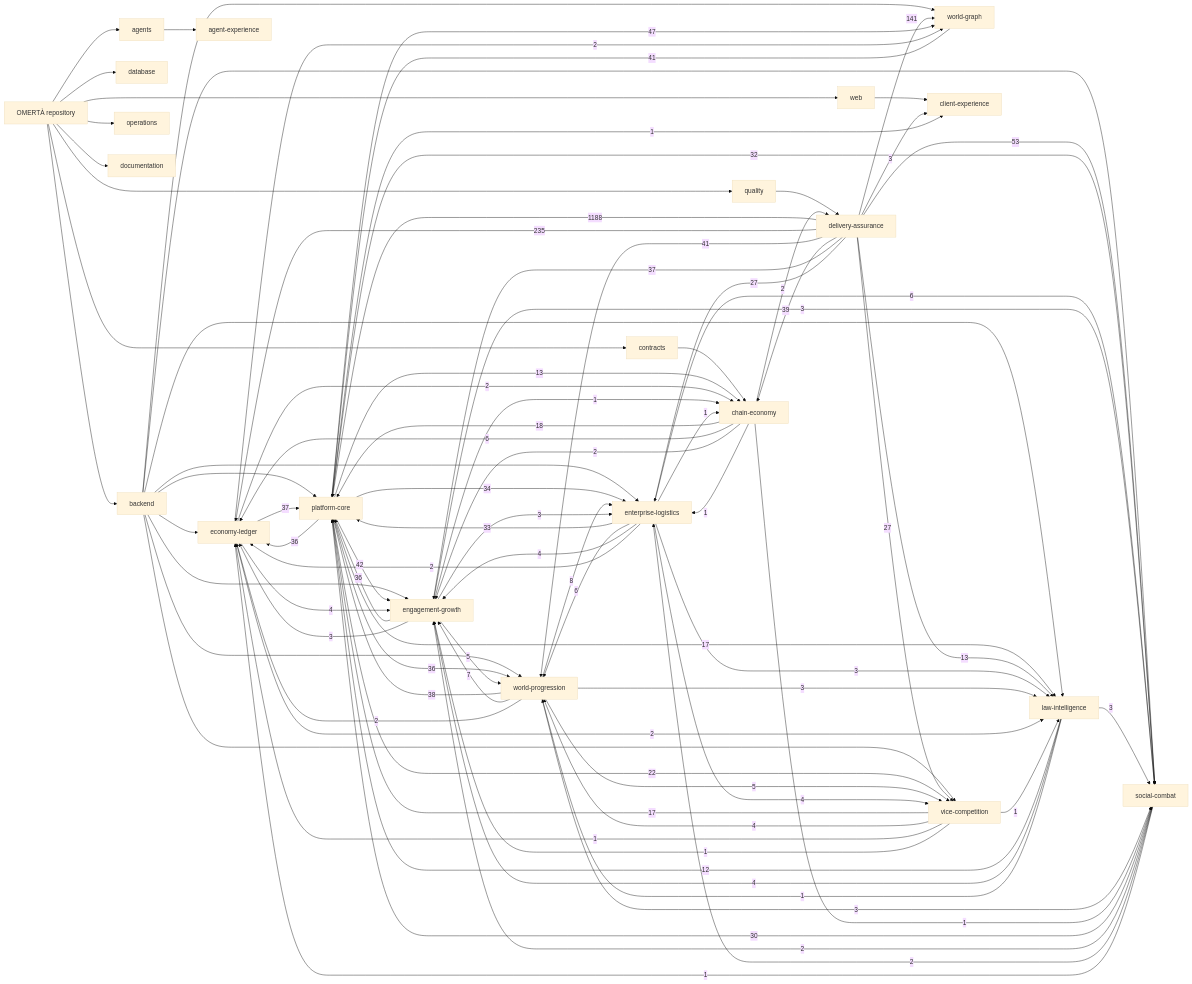
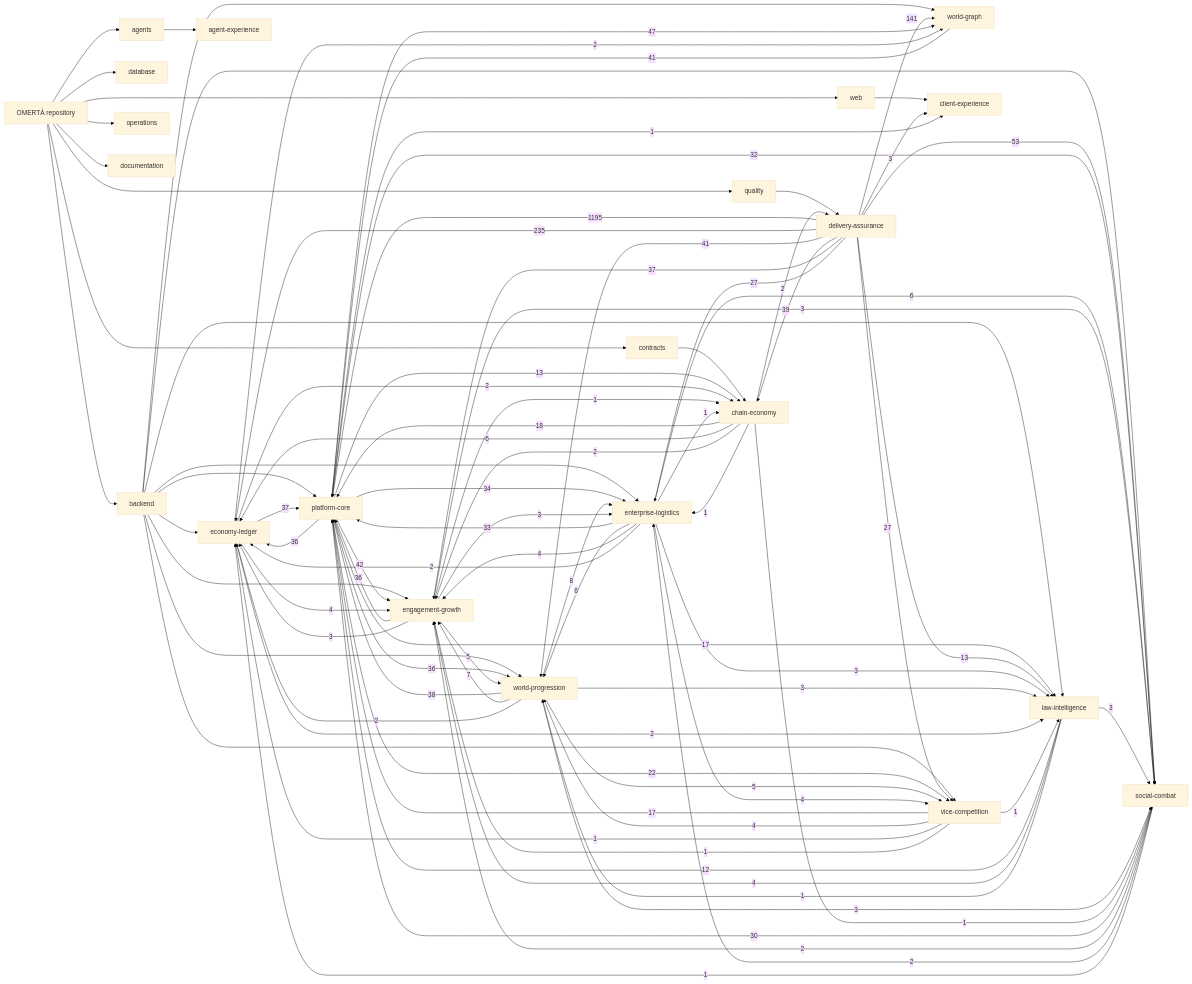
The diagram in knowledge/generated/graph.mmd (OmertaDev/Omerta), drawn with Mermaid (base theme) before and after one commit. The commit also changed 8 other files, not shown here.

```diff
--- a/knowledge/generated/graph.mmd
+++ b/knowledge/generated/graph.mmd
@@ -1,111 +1,111 @@
 flowchart LR
   repo["OMERTÀ repository"]
   sub_backend["backend"]
   repo --> sub_backend
   sub_database["database"]
   repo --> sub_database
   sub_web["web"]
   repo --> sub_web
   sub_contracts["contracts"]
   repo --> sub_contracts
   sub_agents["agents"]
   repo --> sub_agents
   sub_quality["quality"]
   repo --> sub_quality
   sub_operations["operations"]
   repo --> sub_operations
   sub_documentation["documentation"]
   repo --> sub_documentation
   dom_platform-core["platform-core"]
   dom_economy-ledger["economy-ledger"]
   dom_social-combat["social-combat"]
   dom_world-progression["world-progression"]
   dom_world-graph["world-graph"]
   dom_enterprise-logistics["enterprise-logistics"]
   dom_vice-competition["vice-competition"]
   dom_law-intelligence["law-intelligence"]
   dom_chain-economy["chain-economy"]
   dom_engagement-growth["engagement-growth"]
   dom_client-experience["client-experience"]
   dom_agent-experience["agent-experience"]
   dom_delivery-assurance["delivery-assurance"]
   sub_agents --> dom_agent-experience
   sub_backend --> dom_economy-ledger
   sub_backend --> dom_engagement-growth
   sub_backend --> dom_enterprise-logistics
   sub_backend --> dom_law-intelligence
   sub_backend --> dom_platform-core
   sub_backend --> dom_social-combat
   sub_backend --> dom_vice-competition
   sub_backend --> dom_world-graph
   sub_backend --> dom_world-progression
   sub_contracts --> dom_chain-economy
   sub_quality --> dom_delivery-assurance
   sub_web --> dom_client-experience
-  dom_delivery-assurance -->|1188| dom_platform-core
+  dom_delivery-assurance -->|1195| dom_platform-core
   dom_delivery-assurance -->|235| dom_economy-ledger
   dom_delivery-assurance -->|141| dom_world-graph
   dom_delivery-assurance -->|53| dom_social-combat
   dom_platform-core -->|47| dom_world-graph
   dom_platform-core -->|42| dom_engagement-growth
   dom_delivery-assurance -->|41| dom_world-progression
   dom_world-graph -->|41| dom_platform-core
   dom_delivery-assurance -->|39| dom_chain-economy
   dom_world-progression -->|38| dom_platform-core
   dom_delivery-assurance -->|37| dom_engagement-growth
   dom_economy-ledger -->|37| dom_platform-core
   dom_engagement-growth -->|36| dom_platform-core
   dom_platform-core -->|36| dom_economy-ledger
   dom_platform-core -->|36| dom_world-progression
   dom_platform-core -->|34| dom_enterprise-logistics
   dom_enterprise-logistics -->|33| dom_platform-core
   dom_platform-core -->|32| dom_social-combat
   dom_social-combat -->|30| dom_platform-core
   dom_delivery-assurance -->|27| dom_enterprise-logistics
   dom_delivery-assurance -->|27| dom_vice-competition
   dom_platform-core -->|22| dom_vice-competition
   dom_chain-economy -->|18| dom_platform-core
   dom_platform-core -->|17| dom_law-intelligence
   dom_vice-competition -->|17| dom_platform-core
   dom_delivery-assurance -->|13| dom_law-intelligence
   dom_platform-core -->|13| dom_chain-economy
   dom_law-intelligence -->|12| dom_platform-core
   dom_world-progression -->|8| dom_enterprise-logistics
   dom_world-progression -->|7| dom_engagement-growth
   dom_chain-economy -->|6| dom_economy-ledger
   dom_enterprise-logistics -->|6| dom_social-combat
   dom_enterprise-logistics -->|6| dom_world-progression
   dom_engagement-growth -->|5| dom_world-progression
   dom_world-progression -->|5| dom_vice-competition
   dom_economy-ledger -->|4| dom_engagement-growth
   dom_enterprise-logistics -->|4| dom_engagement-growth
   dom_enterprise-logistics -->|4| dom_vice-competition
   dom_law-intelligence -->|4| dom_engagement-growth
   dom_vice-competition -->|4| dom_world-progression
   dom_delivery-assurance -->|3| dom_client-experience
   dom_engagement-growth -->|3| dom_economy-ledger
   dom_engagement-growth -->|3| dom_enterprise-logistics
   dom_engagement-growth -->|3| dom_social-combat
   dom_enterprise-logistics -->|3| dom_law-intelligence
   dom_law-intelligence -->|3| dom_social-combat
   dom_world-progression -->|3| dom_law-intelligence
   dom_world-progression -->|3| dom_social-combat
   dom_chain-economy -->|2| dom_delivery-assurance
   dom_chain-economy -->|2| dom_engagement-growth
   dom_economy-ledger -->|2| dom_chain-economy
   dom_economy-ledger -->|2| dom_law-intelligence
   dom_economy-ledger -->|2| dom_world-graph
   dom_enterprise-logistics -->|2| dom_economy-ledger
   dom_social-combat -->|2| dom_engagement-growth
   dom_social-combat -->|2| dom_enterprise-logistics
   dom_world-progression -->|2| dom_economy-ledger
   dom_chain-economy -->|1| dom_enterprise-logistics
   dom_chain-economy -->|1| dom_social-combat
   dom_engagement-growth -->|1| dom_chain-economy
   dom_enterprise-logistics -->|1| dom_chain-economy
   dom_law-intelligence -->|1| dom_world-progression
   dom_platform-core -->|1| dom_client-experience
   dom_social-combat -->|1| dom_economy-ledger
   dom_vice-competition -->|1| dom_economy-ledger
   dom_vice-competition -->|1| dom_engagement-growth
   dom_vice-competition -->|1| dom_law-intelligence
```
